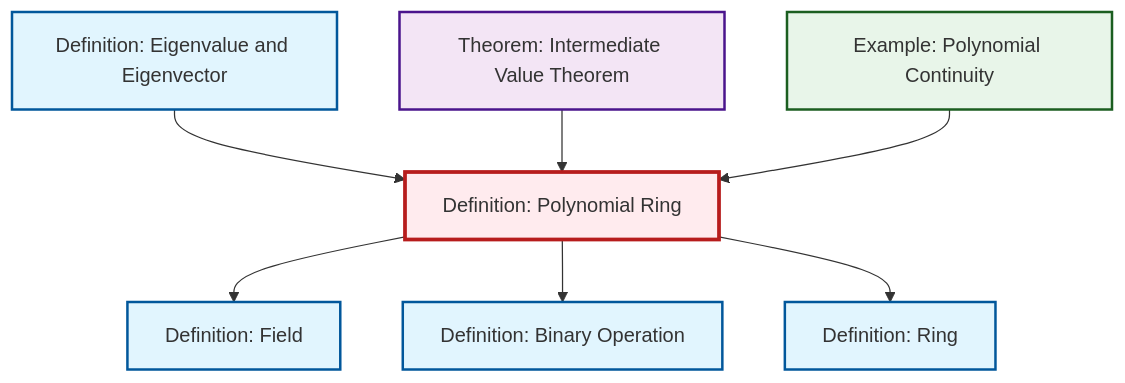
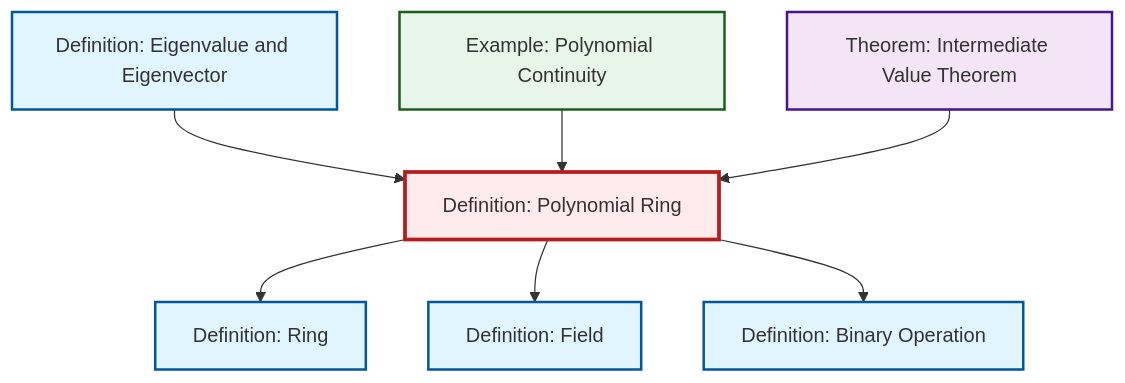
The diagram in content/en/algebra/def-polynomial-ring.qmd (RK0429/ModernMath), drawn with Mermaid before and after one commit. The commit also changed other lines of this file and 554 other files, not shown here.

````diff
--- a/content/en/algebra/def-polynomial-ring.qmd
+++ b/content/en/algebra/def-polynomial-ring.qmd
@@ -93,29 +93,29 @@
 ```{mermaid}
 %%| fig-cap: "Local dependency graph"
 graph TD
     classDef definition fill:#e1f5fe,stroke:#01579b,stroke-width:2px
     classDef theorem fill:#f3e5f5,stroke:#4a148c,stroke-width:2px
     classDef axiom fill:#fff3e0,stroke:#e65100,stroke-width:2px
     classDef example fill:#e8f5e9,stroke:#1b5e20,stroke-width:2px
     classDef current fill:#ffebee,stroke:#b71c1c,stroke-width:3px
     def-field["Definition: Field"]:::definition
+    def-ring["Definition: Ring"]:::definition
+    def-polynomial-ring["Definition: Polynomial Ring"]:::definition
+    thm-intermediate-value["Theorem: Intermediate Value Theorem"]:::theorem
+    def-binary-operation["Definition: Binary Operation"]:::definition
     ex-polynomial-continuity["Example: Polynomial Continuity"]:::example
     def-eigenvalue-eigenvector["Definition: Eigenvalue and Eigenvector"]:::definition
-    def-binary-operation["Definition: Binary Operation"]:::definition
-    def-ring["Definition: Ring"]:::definition
-    thm-intermediate-value["Theorem: Intermediate Value Theorem"]:::theorem
-    def-polynomial-ring["Definition: Polynomial Ring"]:::definition
     def-eigenvalue-eigenvector --> def-polynomial-ring
-    thm-intermediate-value --> def-polynomial-ring
+    ex-polynomial-continuity --> def-polynomial-ring
+    def-polynomial-ring --> def-ring
     def-polynomial-ring --> def-field
     def-polynomial-ring --> def-binary-operation
-    def-polynomial-ring --> def-ring
-    ex-polynomial-continuity --> def-polynomial-ring
+    thm-intermediate-value --> def-polynomial-ring
     class def-polynomial-ring current
     click def-field "def-field.html" "Go to Field definition"
+    click def-ring "def-ring.html" "Go to Ring definition"
+    click thm-intermediate-value "thm-intermediate-value.html" "Go to Intermediate Value Theorem theorem"
+    click def-binary-operation "def-binary-operation.html" "Go to Binary Operation definition"
     click ex-polynomial-continuity "ex-polynomial-continuity.html" "Go to Polynomial Continuity example"
     click def-eigenvalue-eigenvector "def-eigenvalue-eigenvector.html" "Go to Eigenvalue and Eigenvector definition"
-    click def-binary-operation "def-binary-operation.html" "Go to Binary Operation definition"
-    click def-ring "def-ring.html" "Go to Ring definition"
-    click thm-intermediate-value "thm-intermediate-value.html" "Go to Intermediate Value Theorem theorem"
 ```
````
